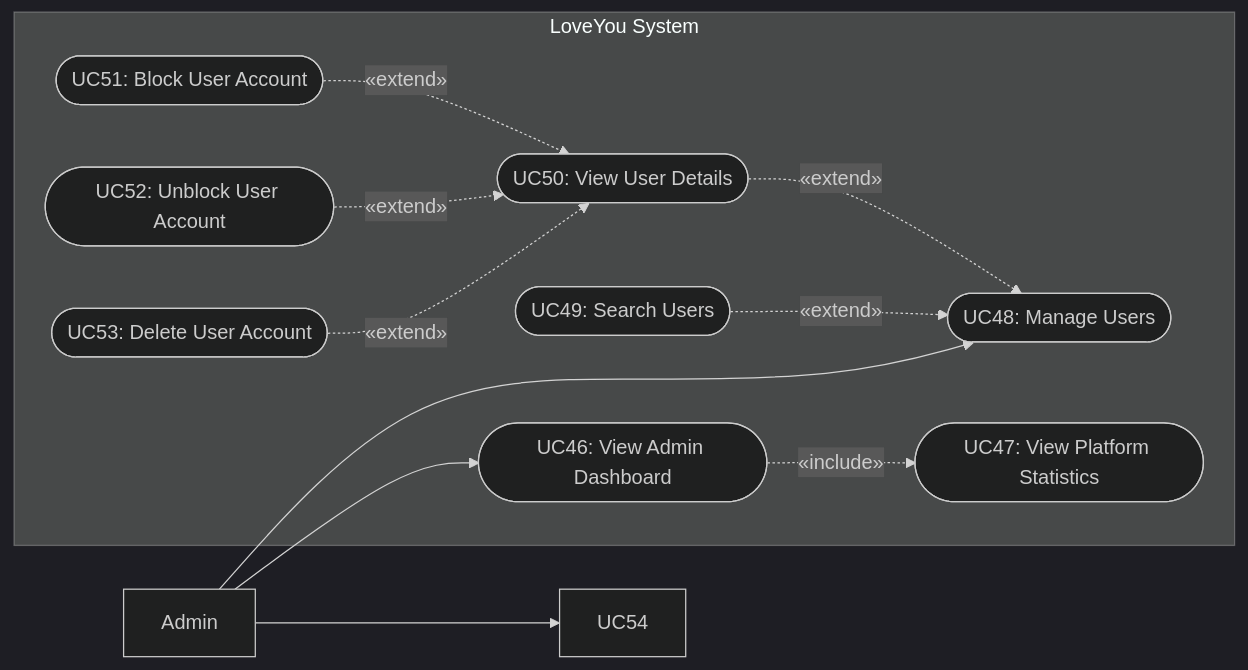
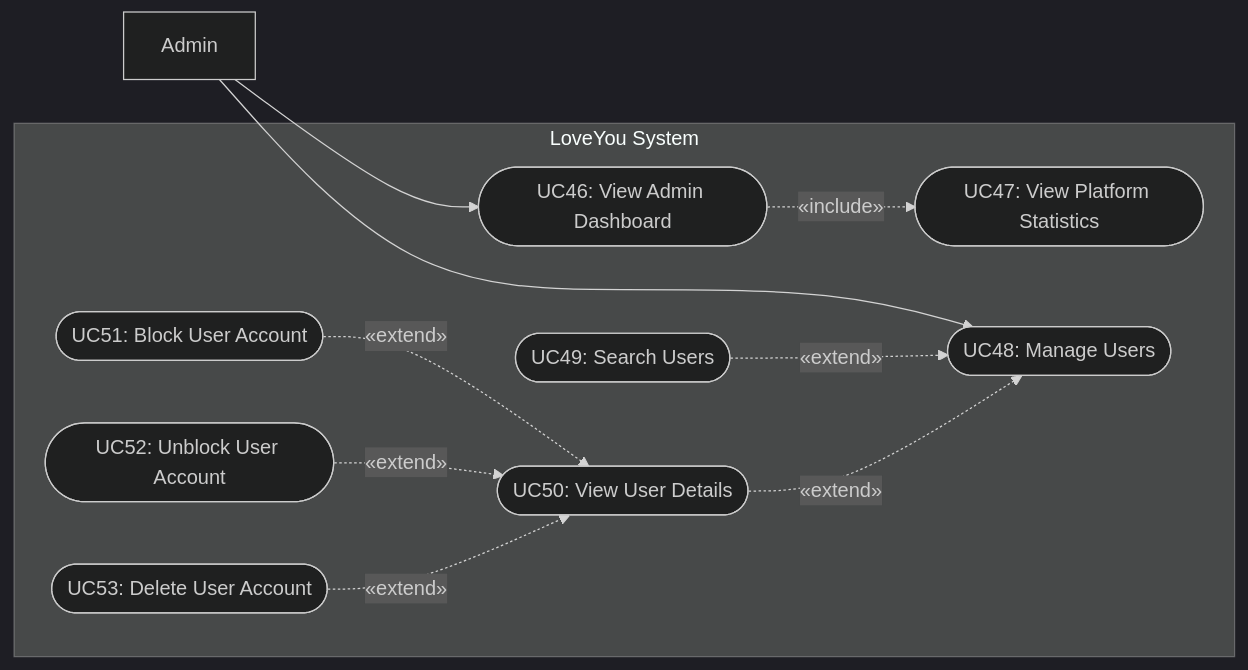
Before and after one commit to NgoTrungNghia/SE24C11-Loveyou-Group01: the tenth of 11 diagrams in docs/management/PA4-Group01/UseCaseModel_PA4.md, drawn with Mermaid (dark theme). The commit also changed 6 other files, not shown here.

````diff
--- a/docs/management/PA4-Group01/UseCaseModel_PA4.md
+++ b/docs/management/PA4-Group01/UseCaseModel_PA4.md
@@ -207,23 +207,22 @@
 ```mermaid
 flowchart LR
     Admin["Admin"]
     subgraph LoveYou["LoveYou System"]
         UC46(["UC46: View Admin Dashboard"])
         UC47(["UC47: View Platform Statistics"])
         UC48(["UC48: Manage Users"])
         UC49(["UC49: Search Users"])
         UC50(["UC50: View User Details"])
         UC51(["UC51: Block User Account"])
         UC52(["UC52: Unblock User Account"])
         UC53(["UC53: Delete User Account"])
     end
     Admin --> UC46
     Admin --> UC48
-    Admin --> UC54
     UC46 -.->|«include»| UC47
     UC49 -.->|«extend»| UC48
     UC50 -.->|«extend»| UC48
     UC51 -.->|«extend»| UC50
     UC52 -.->|«extend»| UC50
     UC53 -.->|«extend»| UC50
 ```
````
